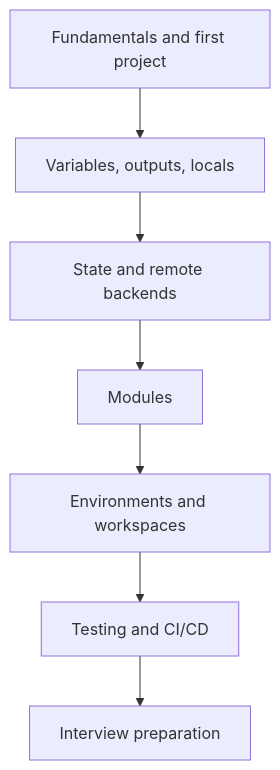
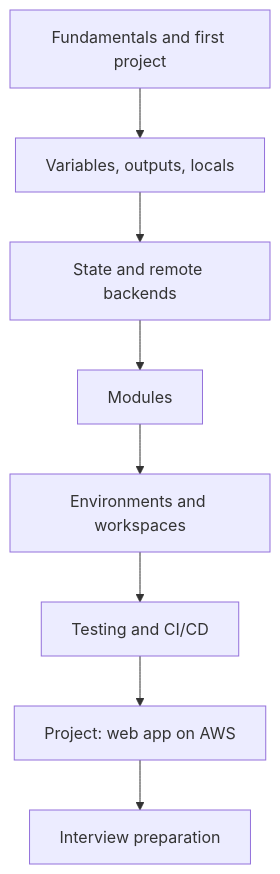
The diagram in docs/terraform/index.md (sameeralam3127/compute-central-docs), drawn with Mermaid before and after one commit. The commit also changed other lines of this file and 14 other files, not shown here.

First line of the commit message:
docs: add Terraform project deploying a web app on AWS (#36)

````diff
--- a/docs/terraform/index.md
+++ b/docs/terraform/index.md
@@ -27,9 +28,10 @@
 ```mermaid
 flowchart TD
     A[Fundamentals and first project] --> B[Variables, outputs, locals]
     B --> C[State and remote backends]
     C --> D[Modules]
     D --> E[Environments and workspaces]
     E --> F[Testing and CI/CD]
-    F --> G[Interview preparation]
+    F --> P[Project: web app on AWS]
+    P --> G[Interview preparation]
 ```
````
